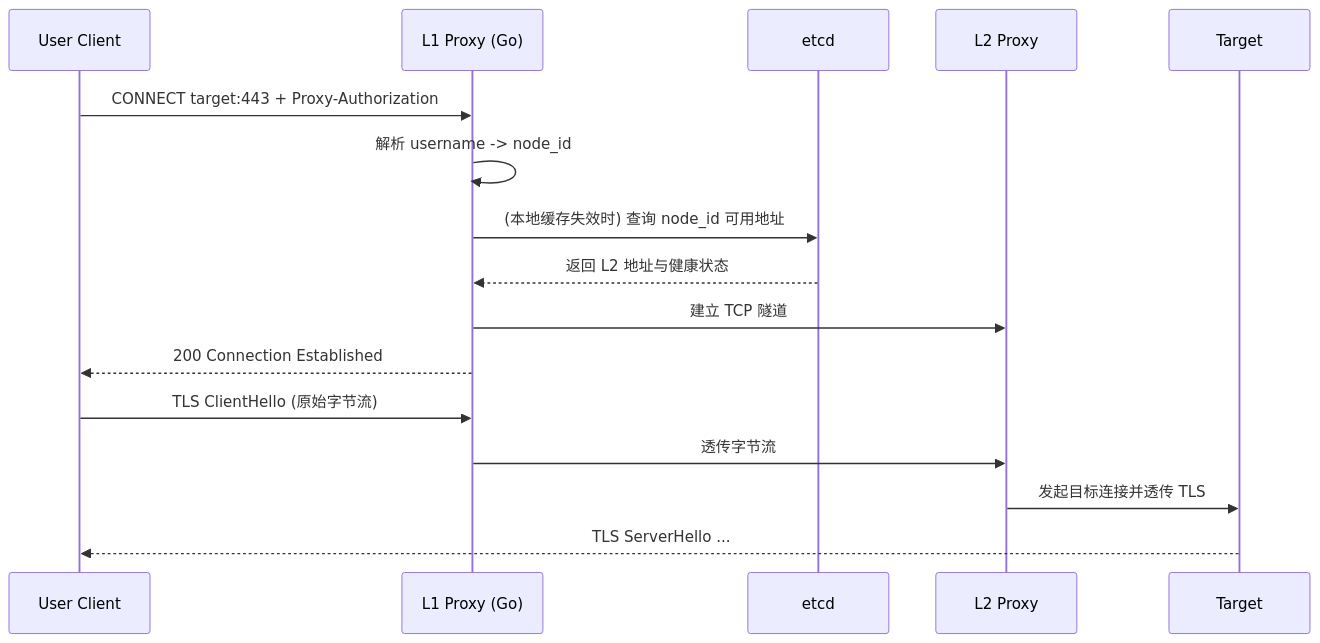
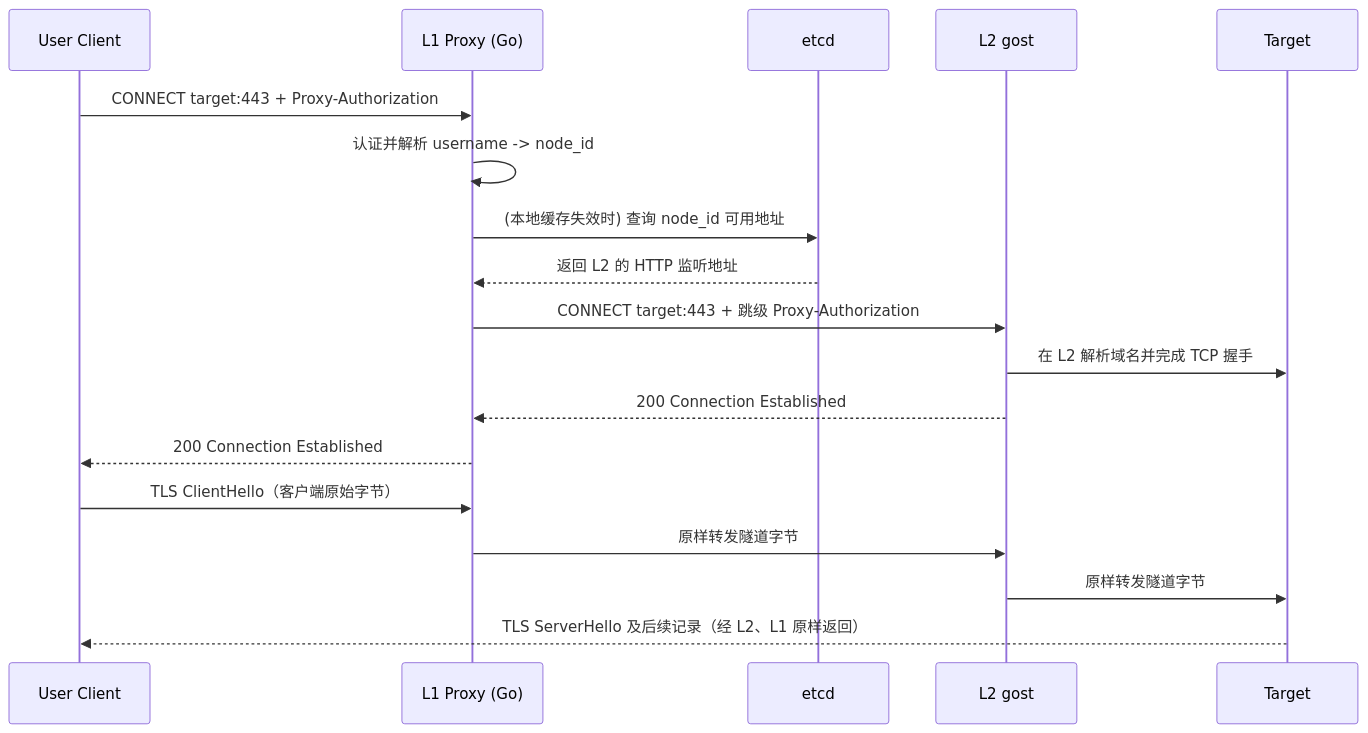
Before and after one commit to f-ishelly/relay-proxy: the second of 3 diagrams in docs/openspec-proxy-design.md, drawn with Mermaid. The commit also changed other lines of this file, not shown here.

First line of the commit message:
docs: pass the origin target with a second HTTP CONNECT

````diff
--- a/docs/openspec-proxy-design.md
+++ b/docs/openspec-proxy-design.md
@@ -130,19 +153,21 @@
 ```mermaid
 sequenceDiagram
     participant U as User Client
     participant L1 as L1 Proxy (Go)
     participant E as etcd
-    participant L2 as L2 Proxy
+    participant L2 as L2 gost
     participant T as Target
 
     U->>L1: CONNECT target:443 + Proxy-Authorization
-    L1->>L1: 解析 username -> node_id
+    L1->>L1: 认证并解析 username -> node_id
     L1->>E: (本地缓存失效时) 查询 node_id 可用地址
-    E-->>L1: 返回 L2 地址与健康状态
-    L1->>L2: 建立 TCP 隧道
+    E-->>L1: 返回 L2 的 HTTP 监听地址
+    L1->>L2: CONNECT target:443 + 跳级 Proxy-Authorization
+    L2->>T: 在 L2 解析域名并完成 TCP 握手
+    L2-->>L1: 200 Connection Established
     L1-->>U: 200 Connection Established
-    U->>L1: TLS ClientHello (原始字节流)
-    L1->>L2: 透传字节流
-    L2->>T: 发起目标连接并透传 TLS
-    T-->>U: TLS ServerHello ...
+    U->>L1: TLS ClientHello（客户端原始字节）
+    L1->>L2: 原样转发隧道字节
+    L2->>T: 原样转发隧道字节
+    T-->>U: TLS ServerHello 及后续记录（经 L2、L1 原样返回）
 ```
````
